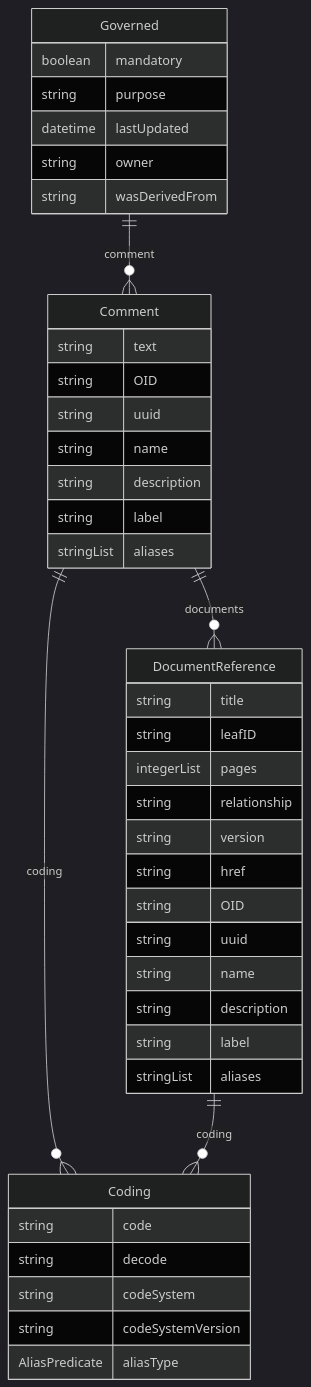
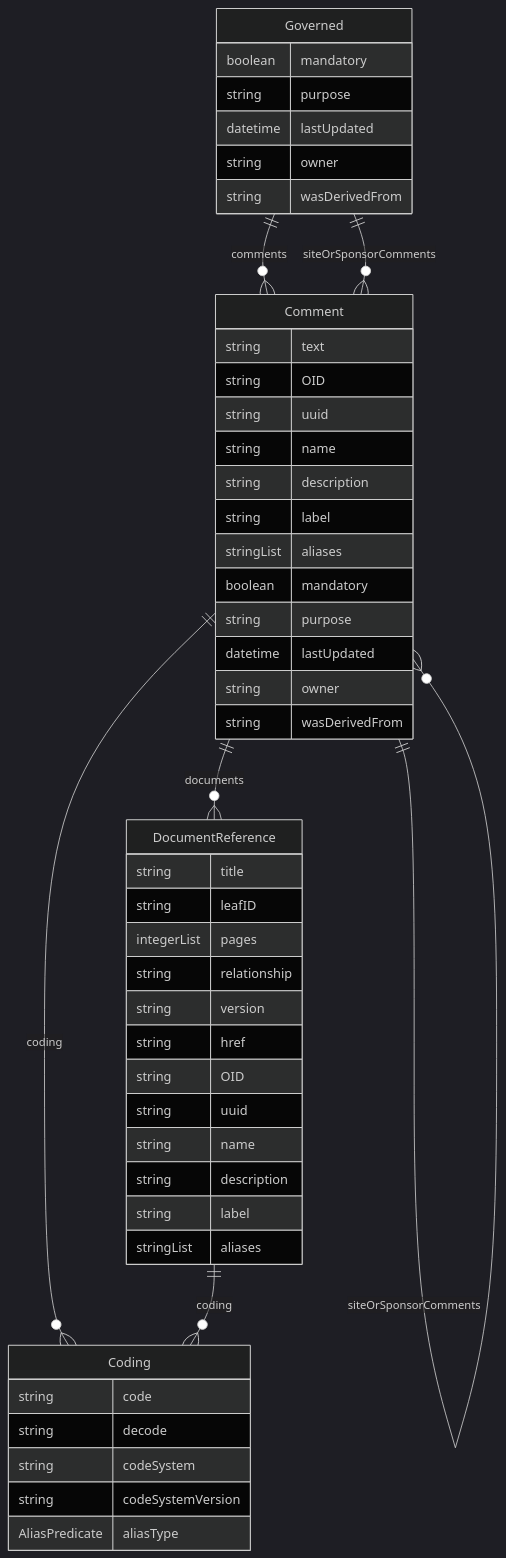
One commit to TeMeta/define-json changed the diagram in docs/classes/Governed.md. Above: the diagram before and after it, drawn with Mermaid (dark theme). The commit also changed other lines of this file and 260 other files, not shown here.

````diff
--- a/docs/classes/Governed.md
+++ b/docs/classes/Governed.md
@@ -16,46 +16,54 @@
 ```mermaid
 erDiagram
 Governed {
     boolean mandatory  
     string purpose  
     datetime lastUpdated  
     string owner  
     string wasDerivedFrom  
 }
 Comment {
     string text  
     string OID  
     string uuid  
     string name  
     string description  
     string label  
     stringList aliases  
+    boolean mandatory  
+    string purpose  
+    datetime lastUpdated  
+    string owner  
+    string wasDerivedFrom  
 }
 Coding {
     string code  
     string decode  
     string codeSystem  
     string codeSystemVersion  
     AliasPredicate aliasType  
 }
 DocumentReference {
     string title  
     string leafID  
     integerList pages  
     string relationship  
     string version  
     string href  
     string OID  
     string uuid  
     string name  
     string description  
     string label  
     stringList aliases  
 }
 
-Governed ||--}o Comment : "comment"
+Governed ||--}o Comment : "comments"
+Governed ||--}o Comment : "siteOrSponsorComments"
 Comment ||--}o DocumentReference : "documents"
 Comment ||--}o Coding : "coding"
+Comment ||--}o Comment : "comments"
+Comment ||--}o Comment : "siteOrSponsorComments"
 DocumentReference ||--}o Coding : "coding"
 
 ```
````
